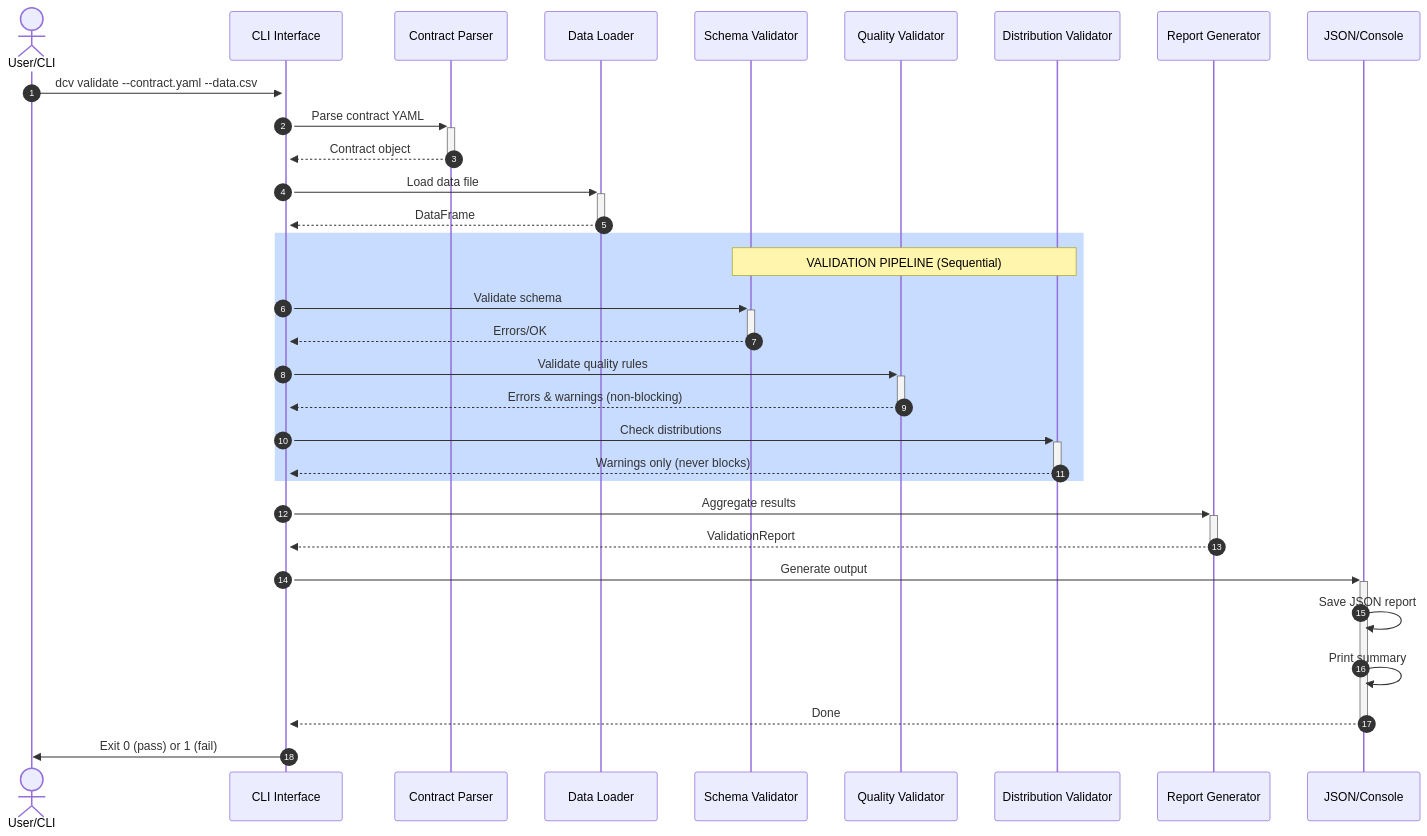
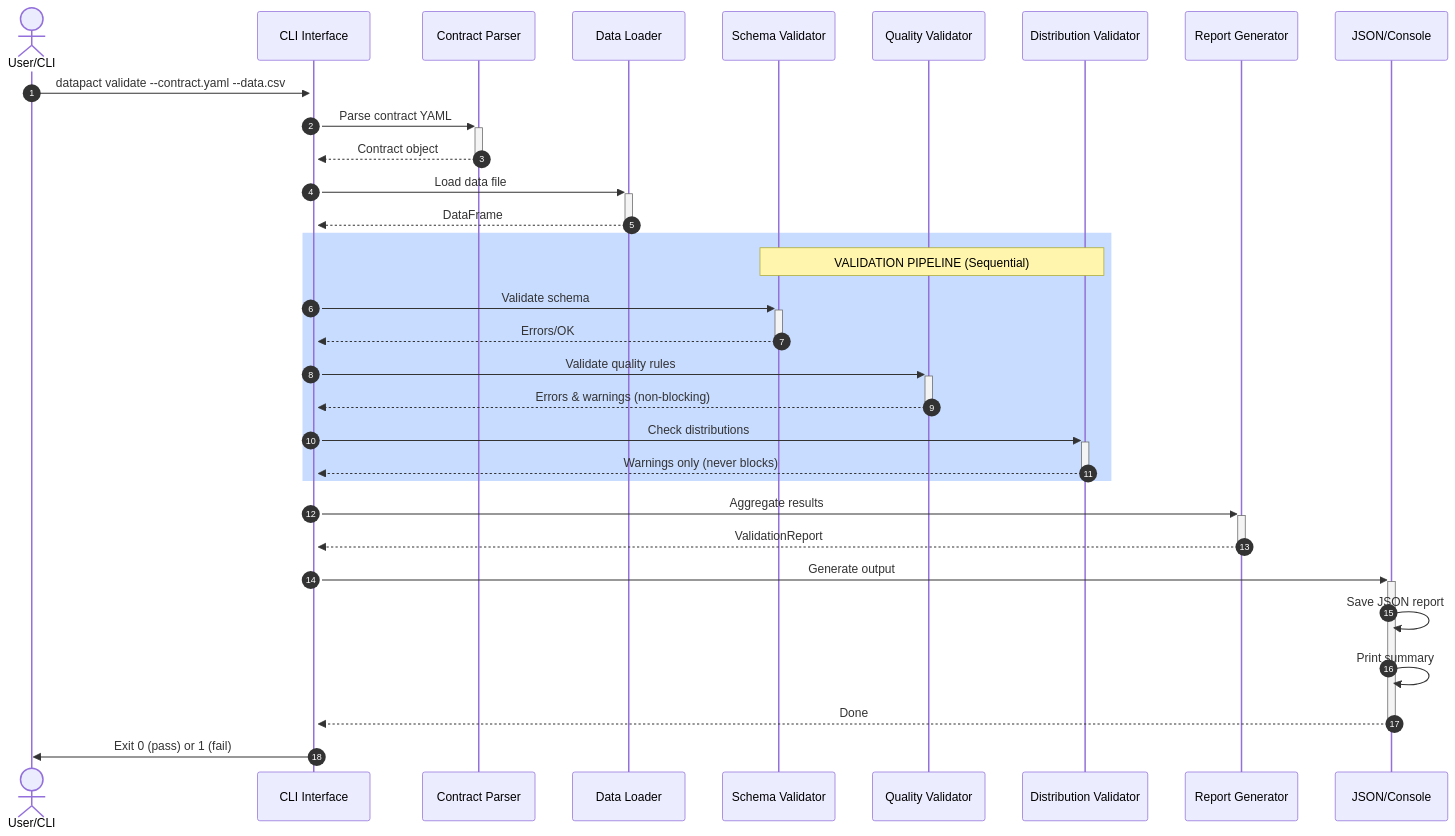
Before and after one commit to meetnishant/DataPact: the diagram in docs/ARCHITECTURE.md, drawn with Mermaid. The commit also changed other lines of this file and 38 other files, not shown here.

````diff
--- a/docs/ARCHITECTURE.md
+++ b/docs/ARCHITECTURE.md
@@ -107,42 +107,42 @@
 ```mermaid
 sequenceDiagram
     autonumber
     actor User as User/CLI
     participant CLI as CLI Interface
     participant Parser as Contract Parser
     participant Loader as Data Loader
     participant Schema as Schema Validator
     participant Quality as Quality Validator
     participant Distribution as Distribution Validator
     participant Reporter as Report Generator
     participant Output as JSON/Console
 
-    User->>+CLI: dcv validate --contract.yaml --data.csv
+    User->>+CLI: datapact validate --contract.yaml --data.csv
     CLI->>+Parser: Parse contract YAML
     Parser-->>-CLI: Contract object
     
     CLI->>+Loader: Load data file
     Loader-->>-CLI: DataFrame
     
     rect rgb(200, 220, 255)
     Note over Schema,Distribution: VALIDATION PIPELINE (Sequential)
     CLI->>+Schema: Validate schema
     Schema-->>-CLI: Errors/OK
     
     CLI->>+Quality: Validate quality rules
     Quality-->>-CLI: Errors & warnings (non-blocking)
     
     CLI->>+Distribution: Check distributions
     Distribution-->>-CLI: Warnings only (never blocks)
     end
     
     CLI->>+Reporter: Aggregate results
     Reporter-->>-CLI: ValidationReport
     
     CLI->>+Output: Generate output
     Output->>Output: Save JSON report
     Output->>Output: Print summary
     Output-->>-CLI: Done
     
     CLI->>User: Exit 0 (pass) or 1 (fail)
 ```
````
